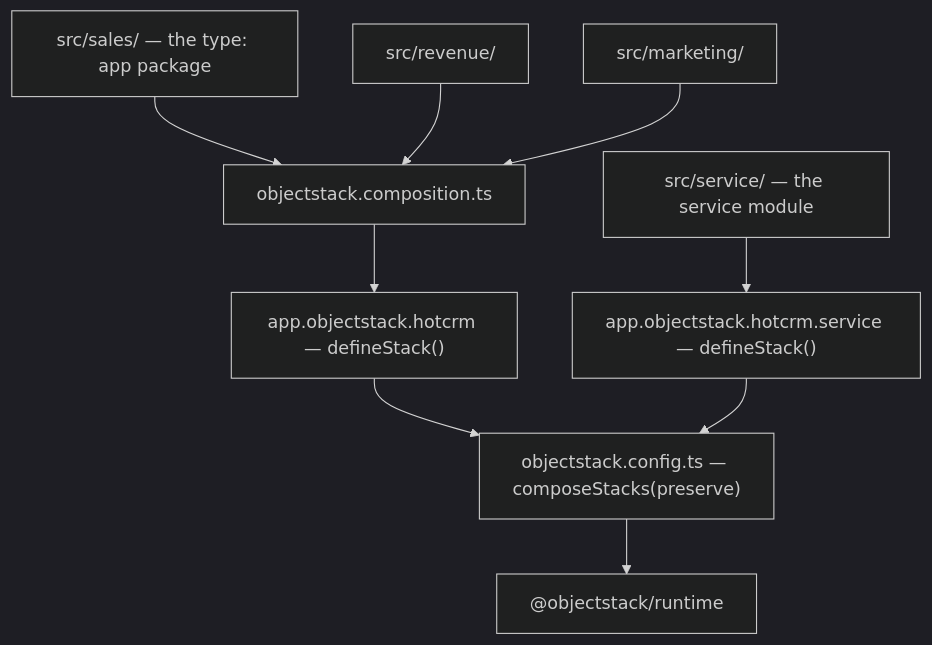
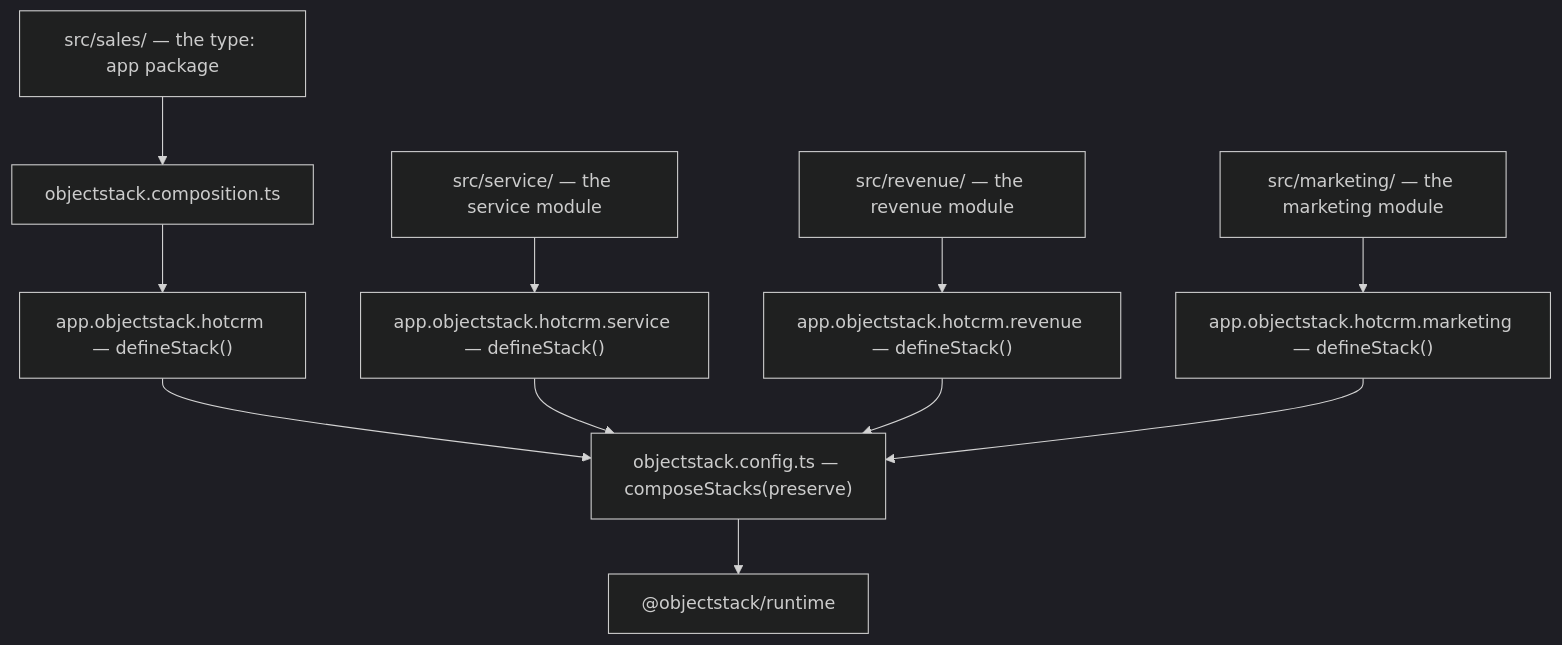
Before and after one commit to objectstack-ai/hotcrm: the diagram in docs/ARCHITECTURE.md, drawn with Mermaid (dark theme). The commit also changed other lines of this file and 35 other files, not shown here.

````diff
--- a/docs/ARCHITECTURE.md
+++ b/docs/ARCHITECTURE.md
@@ -18,11 +21,13 @@
 ```mermaid
 flowchart TD
   Sales["src/sales/ — the type: app package"] --> Composition["objectstack.composition.ts"]
-  Revenue["src/revenue/"] --> Composition
-  Marketing["src/marketing/"] --> Composition
   Composition --> AppStack["app.objectstack.hotcrm — defineStack()"]
   Service["src/service/ — the service module"] --> ServiceStack["app.objectstack.hotcrm.service — defineStack()"]
+  Revenue["src/revenue/ — the revenue module"] --> RevenueStack["app.objectstack.hotcrm.revenue — defineStack()"]
+  Marketing["src/marketing/ — the marketing module"] --> MarketingStack["app.objectstack.hotcrm.marketing — defineStack()"]
   AppStack --> Config["objectstack.config.ts — composeStacks(preserve)"]
   ServiceStack --> Config
+  RevenueStack --> Config
+  MarketingStack --> Config
   Config --> Runtime["@objectstack/runtime"]
 ```
````
